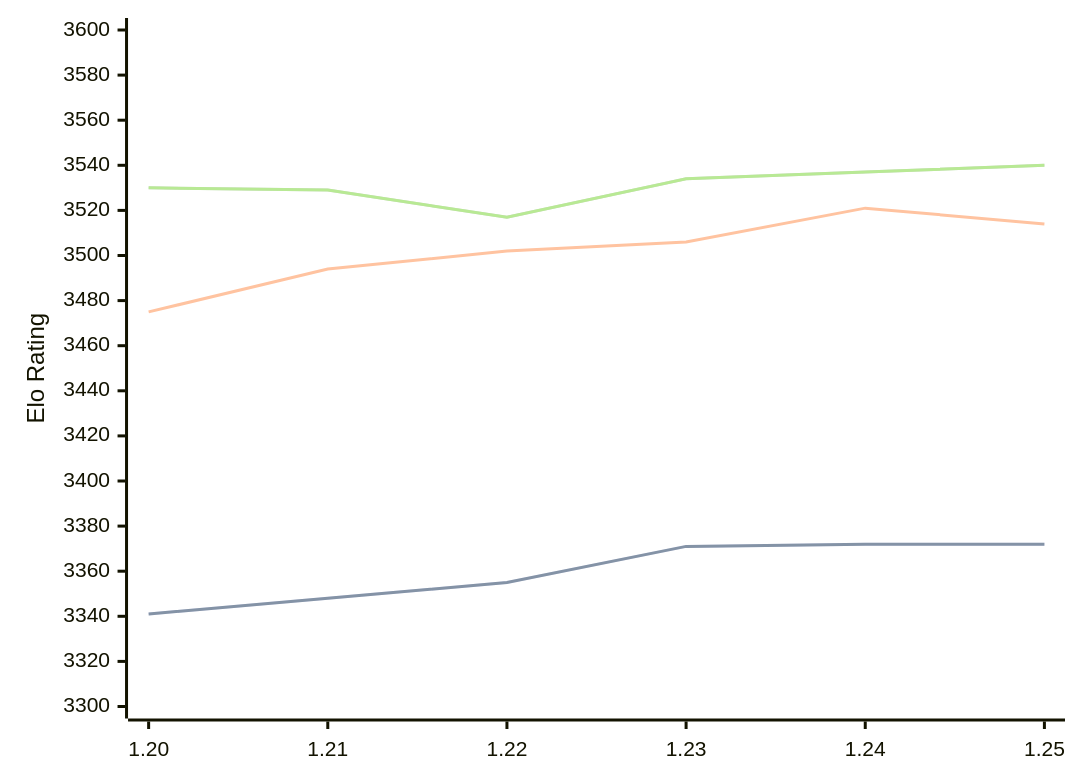
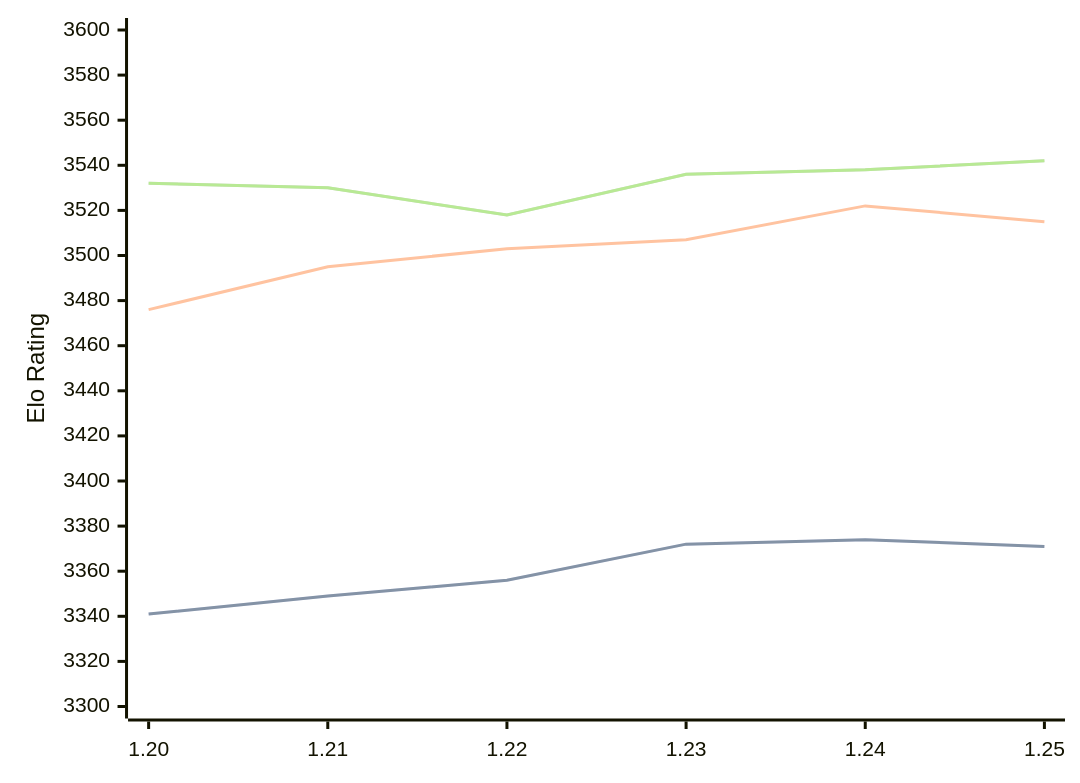
The first of 3 diagrams in engines/Caissa.md (computer-chess-index/cci), drawn with Mermaid before and after one commit. The commit also changed other lines of this file, not shown here.

Commit message:
Update CCI Ratings (ELO VLTC) - 2026-06-23

````diff
--- a/engines/Caissa.md
+++ b/engines/Caissa.md
@@ -65,11 +65,11 @@
 ```mermaid
 %%{init: {"theme":"base","themeVariables":{"seriesColors:['#a3a3a3','#222221','#faa371']}}}%%
 xychart-beta
   x-axis ["1.20", "1.21", "1.22", "1.23", "1.24", "1.25"]
   y-axis "Elo Rating" 3300 --> 3600
-  line "STC (8.0+0.08s)" [3341, 3348, 3355, 3371, 3372, 3372]
-  line "STC (8.0+0.08s)" [3341, 3348, 3355, 3371, 3372, 3372]
-  line "LTC (60.0+0.60s)" [3475, 3494, 3502, 3506, 3521, 3514]
-  line "VLTC (2m24s+1.12s)" [3530, 3529, 3517, 3534, 3537, 3540]
-  line "VLTC (2m24s+1.12s)" [3530, 3529, 3517, 3534, 3537, 3540]
+  line "STC (8.0+0.08s)" [3341, 3349, 3356, 3372, 3374, 3371]
+  line "STC (8.0+0.08s)" [3341, 3349, 3356, 3372, 3374, 3371]
+  line "LTC (60.0+0.60s)" [3476, 3495, 3503, 3507, 3522, 3515]
+  line "VLTC (2m24s+1.12s)" [3532, 3530, 3518, 3536, 3538, 3542]
+  line "VLTC (2m24s+1.12s)" [3532, 3530, 3518, 3536, 3538, 3542]
 ```
````
